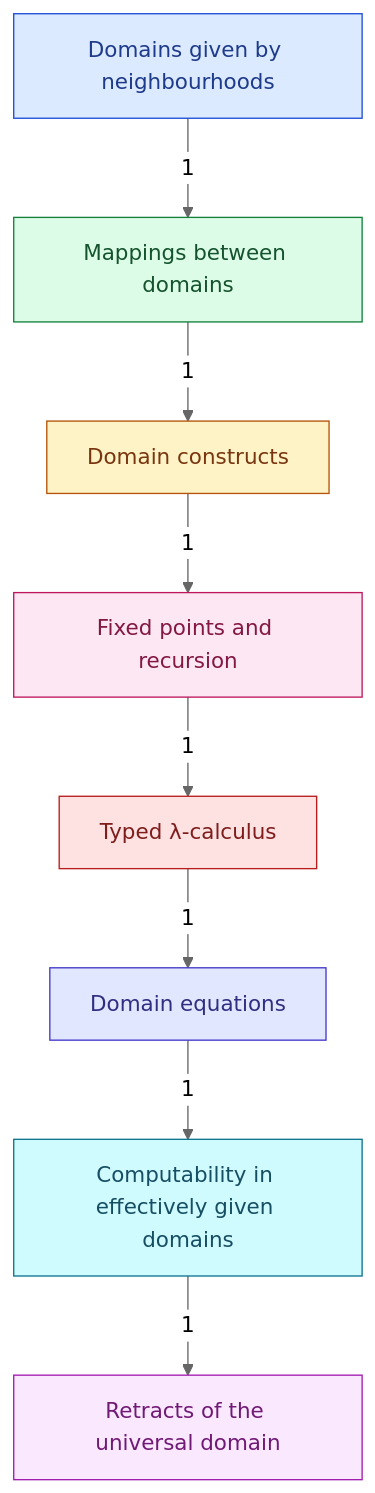
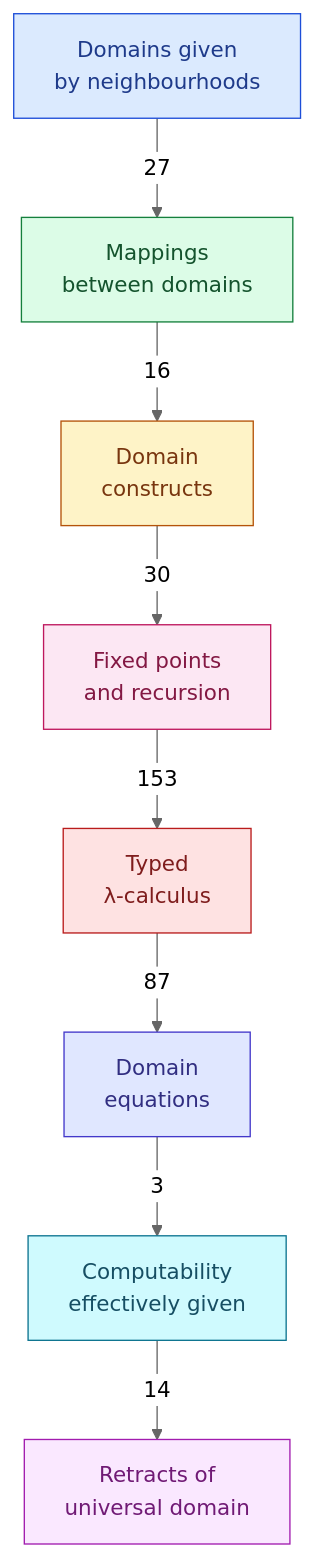
One commit to catskillsresearch/DomainTheory changed the diagram in DomainTheory/NeighbourhoodSystems/1980_Neighborhood.mermaid. Above: the diagram before and after it, drawn with Mermaid (neutral theme). The commit also changed 398 other files, not shown here.

```diff
--- a/DomainTheory/NeighbourhoodSystems/1980_Neighborhood.mermaid
+++ b/DomainTheory/NeighbourhoodSystems/1980_Neighborhood.mermaid
@@ -1,42 +1,43 @@
 %% Each box is one section. The arrowhead is on the section that imports.
-%% The number is how many direct imports.
 %% An arrow already implied by a longer path is omitted.
+%% The label is the number of direct import lines.
 %% The introduction has no Lean file, so it has no arrow.
+%%{init: {"flowchart": {"wrappingWidth": 2000}}}%%
 flowchart TB
 
-  DOM["Domains given by neighbourhoods"]
-  MAP["Mappings between domains"]
-  CON["Domain constructs"]
-  FIX["Fixed points and recursion"]
-  LAM["Typed λ-calculus"]
-  EQ["Domain equations"]
-  COMP["Computability in effectively given domains"]
-  RET["Retracts of the universal domain"]
+  DOM["Domains given<br>by neighbourhoods"]
+  MAP["Mappings<br>between domains"]
+  CON["Domain<br>constructs"]
+  FIX["Fixed points<br>and recursion"]
+  LAM["Typed<br>λ-calculus"]
+  EQ["Domain<br>equations"]
+  COMP["Computability<br>effectively given"]
+  RET["Retracts of<br>universal domain"]
 
-  DOM -->|"1"| MAP
-  MAP -->|"1"| CON
-  CON -->|"1"| FIX
-  FIX -->|"1"| LAM
-  LAM -->|"1"| EQ
-  EQ -->|"1"| COMP
-  COMP -->|"1"| RET
+  COMP -->|"14"| RET
+  CON -->|"30"| FIX
+  DOM -->|"27"| MAP
+  EQ -->|"3"| COMP
+  FIX -->|"153"| LAM
+  LAM -->|"87"| EQ
+  MAP -->|"16"| CON
 
   classDef c0 fill:#f1f5f9,stroke:#64748b,color:#0f172a
   classDef c1 fill:#dbeafe,stroke:#1d4ed8,color:#1e3a8a
   classDef c2 fill:#dcfce7,stroke:#15803d,color:#14532d
   classDef c3 fill:#fef3c7,stroke:#b45309,color:#78350f
   classDef c4 fill:#fce7f3,stroke:#be185d,color:#831843
   classDef c5 fill:#fee2e2,stroke:#b91c1c,color:#7f1d1d
   classDef c6 fill:#e0e7ff,stroke:#4338ca,color:#312e81
   classDef c7 fill:#cffafe,stroke:#0e7490,color:#164e63
   classDef c8 fill:#fae8ff,stroke:#a21caf,color:#701a75
 
   class INTRO c0
   class DOM c1
   class MAP c2
   class CON c3
   class FIX c4
   class LAM c5
   class EQ c6
   class COMP c7
   class RET c8
```
